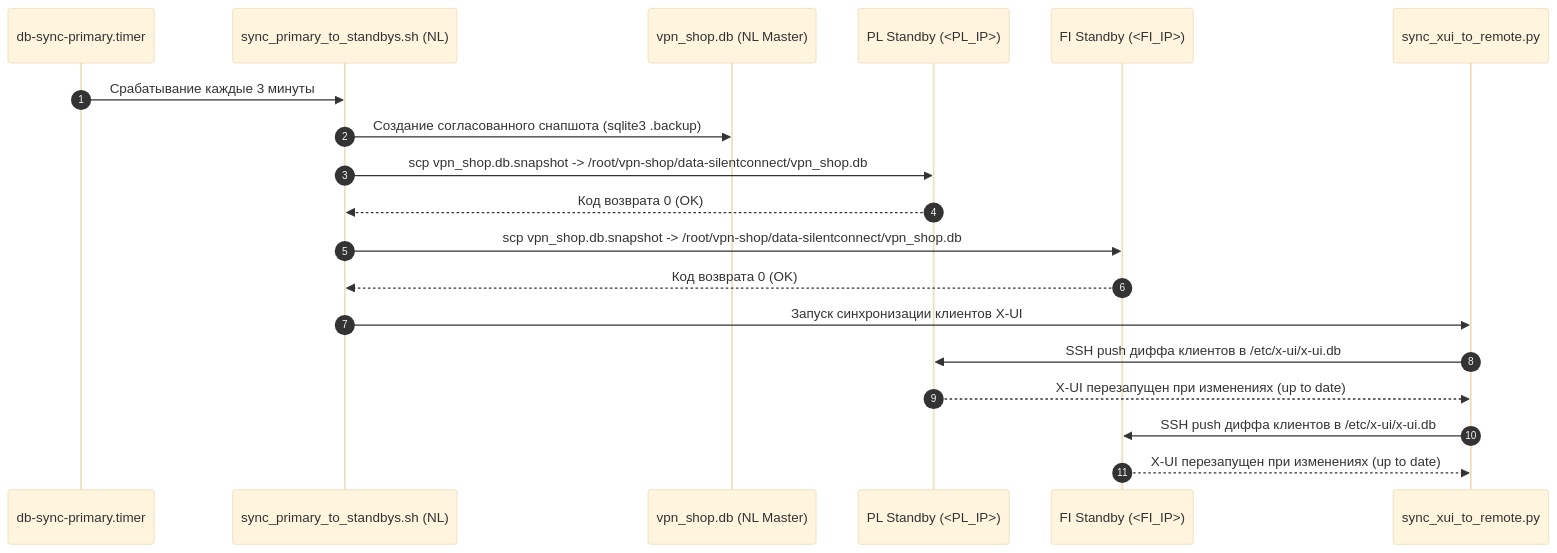
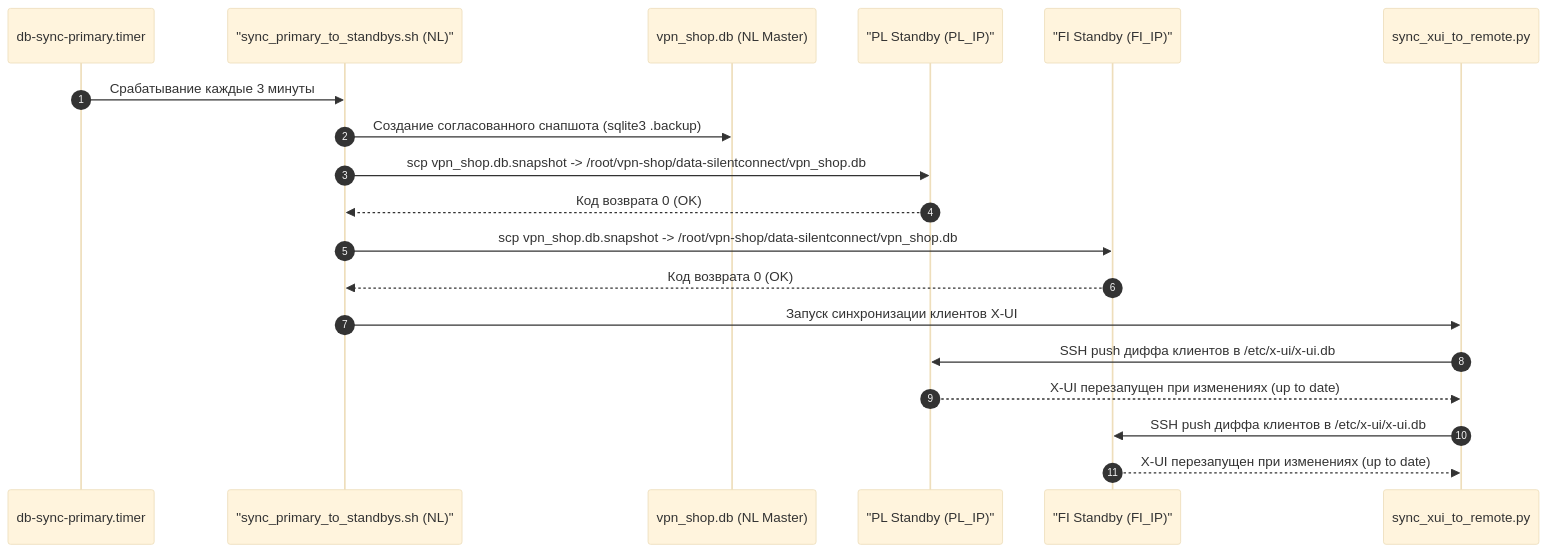
The diagram in ARCHITECTURE.md (Nikitzima/SilentConnect), drawn with Mermaid (base theme) before and after one commit. The commit also changed 2 other files, not shown here.

Commit message:
docs(diagrams): fix mermaid syntax errors, unquoted angle brackets, and subgraph collisions

````diff
--- a/ARCHITECTURE.md
+++ b/ARCHITECTURE.md
@@ -119,22 +119,22 @@
 ```mermaid
 sequenceDiagram
     autonumber
     participant Timer as db-sync-primary.timer
-    participant Script as sync_primary_to_standbys.sh (NL)
+    participant Script as "sync_primary_to_standbys.sh (NL)"
     participant MasterDB as vpn_shop.db (NL Master)
-    participant PL as PL Standby (<PL_IP>)
-    participant FI as FI Standby (<FI_IP>)
+    participant PL as "PL Standby (PL_IP)"
+    participant FI as "FI Standby (FI_IP)"
     participant XUISync as sync_xui_to_remote.py
 
     Timer->>Script: Срабатывание каждые 3 минуты
     Script->>MasterDB: Создание согласованного снапшота (sqlite3 .backup)
     Script->>PL: scp vpn_shop.db.snapshot -> /root/vpn-shop/data-silentconnect/vpn_shop.db
     PL-->>Script: Код возврата 0 (OK)
     Script->>FI: scp vpn_shop.db.snapshot -> /root/vpn-shop/data-silentconnect/vpn_shop.db
     FI-->>Script: Код возврата 0 (OK)
     Script->>XUISync: Запуск синхронизации клиентов X-UI
     XUISync->>PL: SSH push диффа клиентов в /etc/x-ui/x-ui.db
     PL-->>XUISync: X-UI перезапущен при изменениях (up to date)
     XUISync->>FI: SSH push диффа клиентов в /etc/x-ui/x-ui.db
     FI-->>XUISync: X-UI перезапущен при изменениях (up to date)
 ```
````
